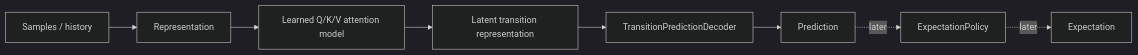
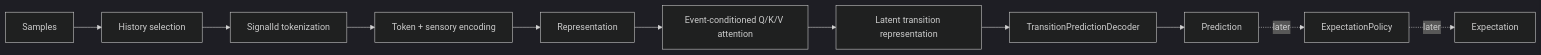
Before and after one commit to skasti/skyn-vaettr: the first of 6 diagrams in docs/expectations.md, drawn with Mermaid (dark theme). The commit also changed other lines of this file, not shown here.

Commit message:
docs: align prediction pipeline with implementation

````diff
--- a/docs/expectations.md
+++ b/docs/expectations.md
@@ -11,10 +13,15 @@
 ```mermaid
 flowchart LR
-    S[Samples / history] --> R[Representation]
-    R --> A[Learned Q/K/V attention model]
-    A --> O[Latent transition representation]
-    O --> D[TransitionPredictionDecoder]
-    D --> P[Prediction]
-    P -. later .-> E[ExpectationPolicy]
-    E -. later .-> X[Expectation]
+    S[Samples]
+    --> H[History selection]
+    --> T[SignalId tokenization]
+    --> E[Token + sensory encoding]
+    --> R[Representation]
+    --> A[Event-conditioned Q/K/V attention]
+    --> O[Latent transition representation]
+    --> D[TransitionPredictionDecoder]
+    --> P[Prediction]
+
+    P -. later .-> EP[ExpectationPolicy]
+    EP -. later .-> X[Expectation]
 ```
````
